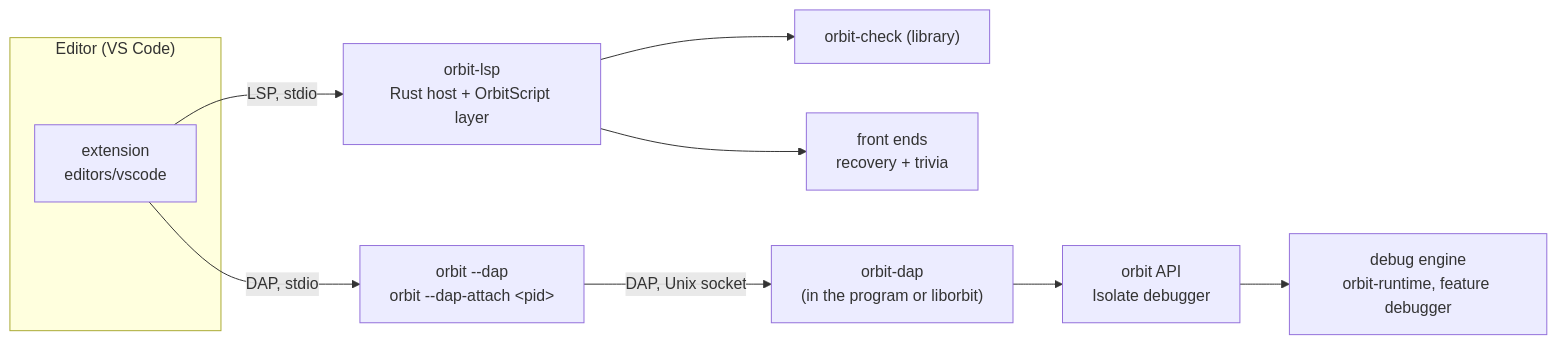
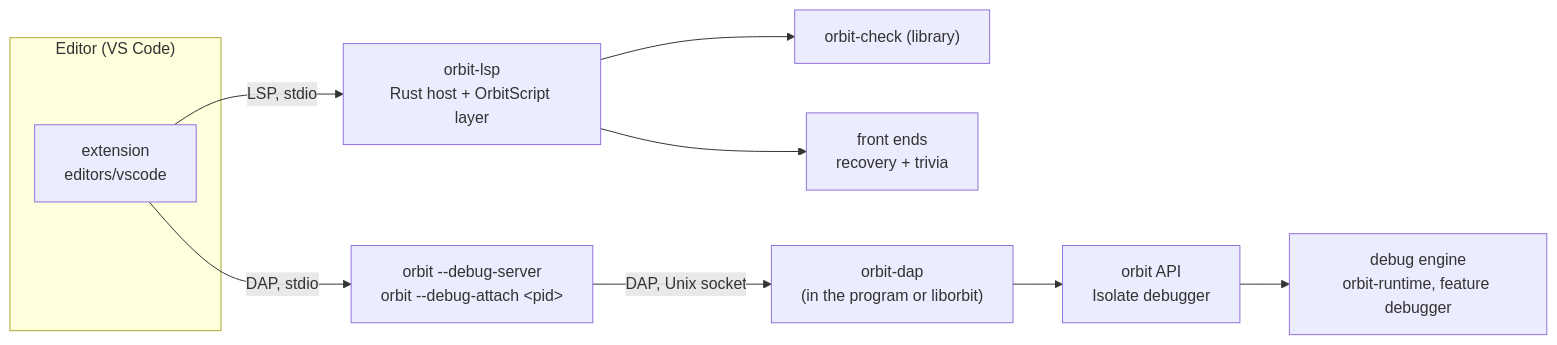
The diagram in docs/adr/0012-developer-tooling.md (orbitscript-lang/OrbitScript), drawn with Mermaid before and after one commit. The commit also changed other lines of this file and 22 other files, not shown here.

First line of the commit message:
orbit-dap and orbit --debug-server: debug a script from an editor (ADR-12) (#199)

````diff
--- a/docs/adr/0012-developer-tooling.md
+++ b/docs/adr/0012-developer-tooling.md
@@ -15,13 +15,13 @@
 ```mermaid
 flowchart LR
     subgraph editor["Editor (VS Code)"]
         ext["extension<br/>editors/vscode"]
     end
     ext -- "LSP, stdio" --> lsp["orbit-lsp<br/>Rust host + OrbitScript layer"]
     lsp --> check["orbit-check (library)"]
     lsp --> syn["front ends<br/>recovery + trivia"]
-    ext -- "DAP, stdio" --> cli["orbit --dap<br/>orbit --dap-attach &lt;pid&gt;"]
+    ext -- "DAP, stdio" --> cli["orbit --debug-server<br/>orbit --debug-attach &lt;pid&gt;"]
     cli -- "DAP, Unix socket" --> dap["orbit-dap<br/>(in the program or liborbit)"]
     dap --> api["orbit API<br/>Isolate debugger"]
     api --> eng["debug engine<br/>orbit-runtime, feature debugger"]
 ```
````
